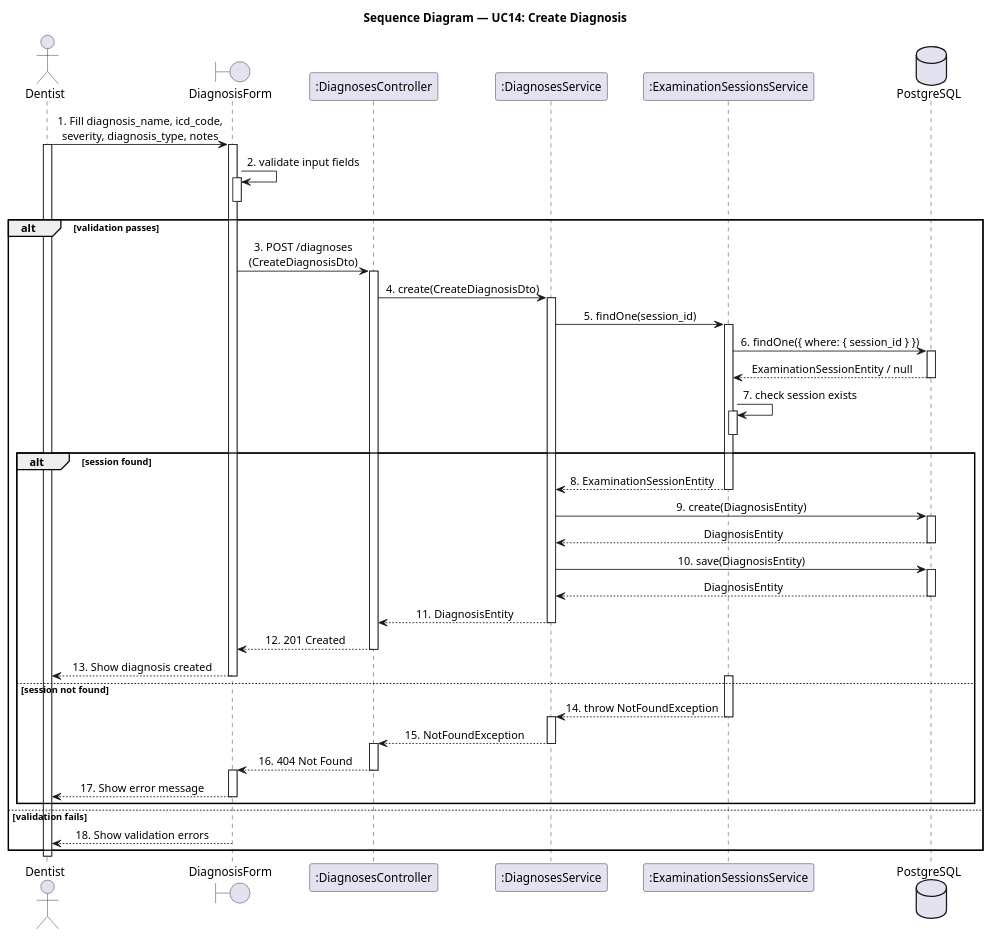
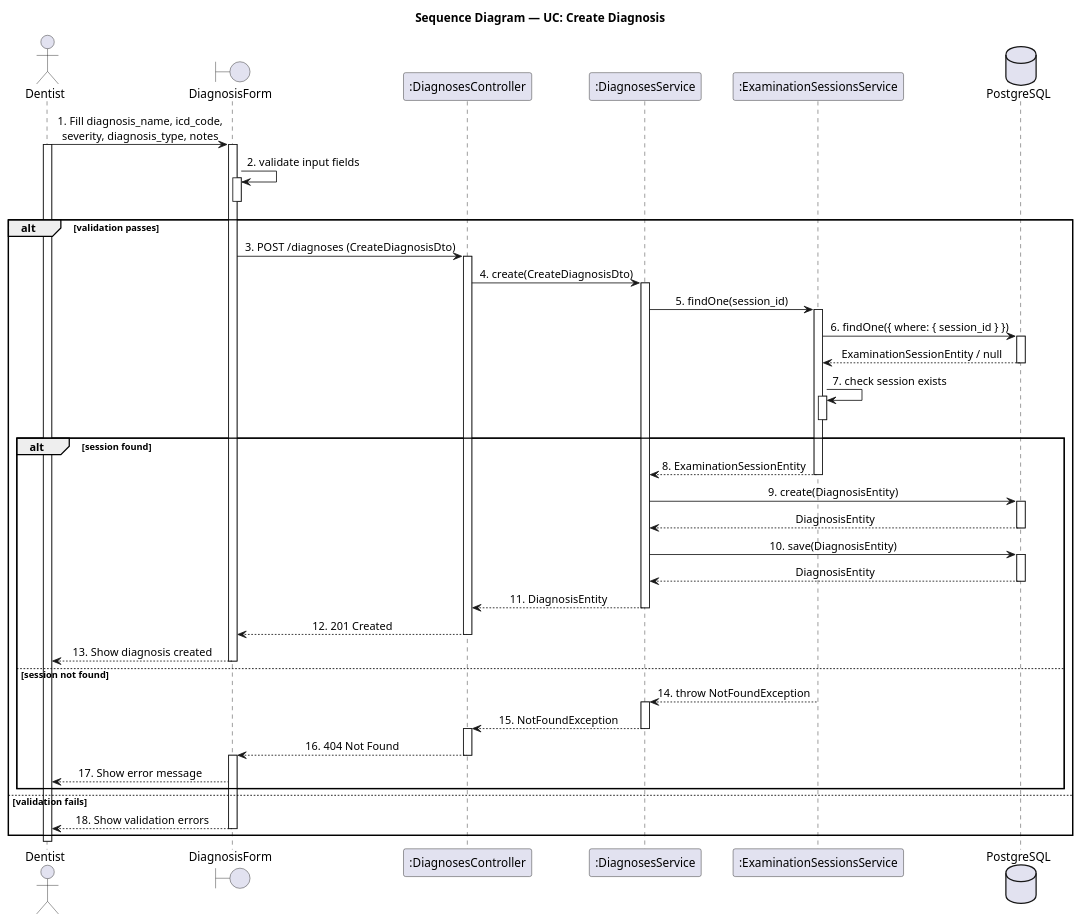
Before and after one commit to LTPPPP/Smart-Medical-Intelligent-Ledger-for-E-health-S.M.I.L.E-: the diagram in docs/sequence-diagram/UC14_CreateDiagnosis.puml, drawn with PlantUML. The commit also changed 19 other files, not shown here.

```diff
--- a/docs/sequence-diagram/UC14_CreateDiagnosis.puml
+++ b/docs/sequence-diagram/UC14_CreateDiagnosis.puml
@@ -1,85 +1,80 @@
 @startuml SequenceDiagram
 skinparam shadowing false
 skinparam sequenceMessageAlign center
 
-title Sequence Diagram — UC14: Create Diagnosis
+title Sequence Diagram — UC: Create Diagnosis
 
 actor "Dentist" as user
 boundary "DiagnosisForm" as form
 participant ":DiagnosesController" as ctrl
 participant ":DiagnosesService" as svc
 participant ":ExaminationSessionsService" as sessSvc
 database "PostgreSQL" as db
 
 user -> form : 1. Fill diagnosis_name, icd_code,\nseverity, diagnosis_type, notes
 activate user
 activate form
 
 form -> form : 2. validate input fields
 activate form
 deactivate form
 alt validation passes
-  form -> ctrl : 3. POST /diagnoses\n(CreateDiagnosisDto)
+  form -> ctrl : 3. POST /diagnoses (CreateDiagnosisDto)
   activate ctrl
 
   ctrl -> svc : 4. create(CreateDiagnosisDto)
   activate svc
 
   svc -> sessSvc : 5. findOne(session_id)
   activate sessSvc
 
   sessSvc -> db : 6. findOne({ where: { session_id } })
   activate db
   db --> sessSvc : ExaminationSessionEntity / null
   deactivate db
 
   sessSvc -> sessSvc : 7. check session exists
   activate sessSvc
   deactivate sessSvc
   alt session found
     sessSvc --> svc : 8. ExaminationSessionEntity
     deactivate sessSvc
 
     svc -> db : 9. create(DiagnosisEntity)
     activate db
     db --> svc : DiagnosisEntity
     deactivate db
 
     svc -> db : 10. save(DiagnosisEntity)
     activate db
     db --> svc : DiagnosisEntity
     deactivate db
 
     svc --> ctrl : 11. DiagnosisEntity
     deactivate svc
 
     ctrl --> form : 12. 201 Created
     deactivate ctrl
 
     form --> user : 13. Show diagnosis created
     deactivate form
   else session not found
-    activate sessSvc
     sessSvc --> svc : 14. throw NotFoundException
     deactivate sessSvc
     activate svc
-
     svc --> ctrl : 15. NotFoundException
     deactivate svc
     activate ctrl
-
     ctrl --> form : 16. 404 Not Found
     deactivate ctrl
     activate form
-
     form --> user : 17. Show error message
-    deactivate form
   end
 else validation fails
   form --> user : 18. Show validation errors
   deactivate form
 end
 
 deactivate user
 
 @enduml
```
